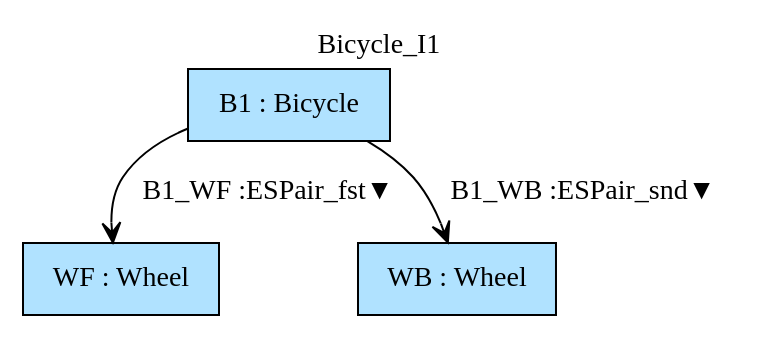
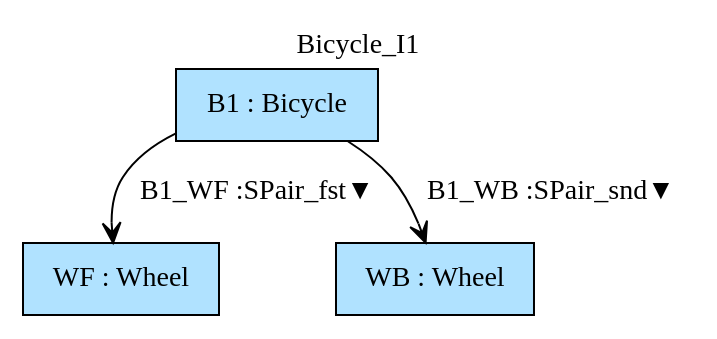
One commit to namalio/Fragmenta changed the diagram in Haskell/FragmentaTests/SGVehicleParts/img/Bicycle_I1.gv. Above: the diagram before and after it, drawn with Graphviz. The commit also changed 32 other files, not shown here.

```diff
--- a/Haskell/FragmentaTests/SGVehicleParts/img/Bicycle_I1.gv
+++ b/Haskell/FragmentaTests/SGVehicleParts/img/Bicycle_I1.gv
@@ -1,8 +1,8 @@
 digraph {graph[label=Bicycle_I1,labelloc=tl,labelfontsize=12];
 "WF"[shape=box,fillcolor=lightskyblue1,style = filled,label="WF : Wheel"];
 "B1"[shape=box,fillcolor=lightskyblue1,style = filled,label="B1 : Bicycle"];
 "WB"[shape=box,fillcolor=lightskyblue1,style = filled,label="WB : Wheel"];
 
-"B1"->"WF"[label="B1_WF :ESPair_fst▼",arrowhead=vee];
-"B1"->"WB"[label="B1_WB :ESPair_snd▼",arrowhead=vee];
+"B1"->"WF"[label="B1_WF :SPair_fst▼",arrowhead=vee];
+"B1"->"WB"[label="B1_WB :SPair_snd▼",arrowhead=vee];
 }
```
